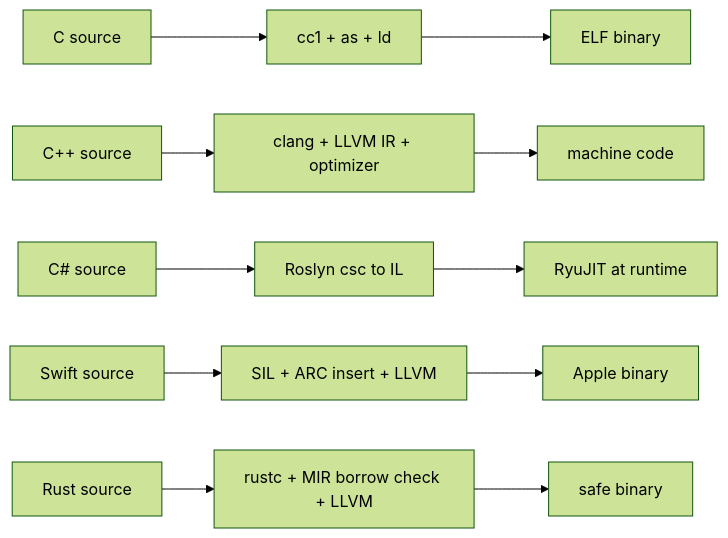
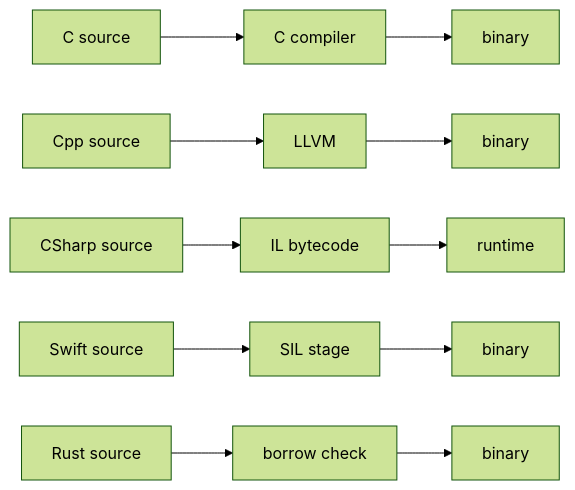
Before and after one commit to 444Nazky/My-Vault: the first of 2 diagrams in Development/Programming-Languages/Toolchain-Interop.md, drawn with Mermaid (forest theme). The commit also changed other lines of this file and 7 other files, not shown here.

````diff
--- a/Development/Programming-Languages/Toolchain-Interop.md
+++ b/Development/Programming-Languages/Toolchain-Interop.md
@@ -9,8 +7,13 @@
 ```mermaid
 flowchart LR
-    SRC_C[C source] --> CC[cc1 + as + ld] --> BIN[ELF binary]
-    SRC_CPP[C++ source] --> LLVM[clang + LLVM IR + optimizer] --> BIN2[machine code]
-    SRC_CS[C# source] --> ROS[Roslyn csc to IL] --> JIT[RyuJIT at runtime]
-    SRC_SW[Swift source] --> SIL[SIL + ARC insert + LLVM] --> APP[Apple binary]
-    SRC_RS[Rust source] --> MIR[rustc + MIR borrow check + LLVM] --> SAFE[safe binary]
+    C1["C source"] --> C2["C compiler"]
+    C2 --> C3["binary"]
+    P1["Cpp source"] --> P2["LLVM"]
+    P2 --> P3["binary"]
+    S1["CSharp source"] --> S2["IL bytecode"]
+    S2 --> S3["runtime"]
+    W1["Swift source"] --> W2["SIL stage"]
+    W2 --> W3["binary"]
+    R1["Rust source"] --> R2["borrow check"]
+    R2 --> R3["binary"]
 ```
````
